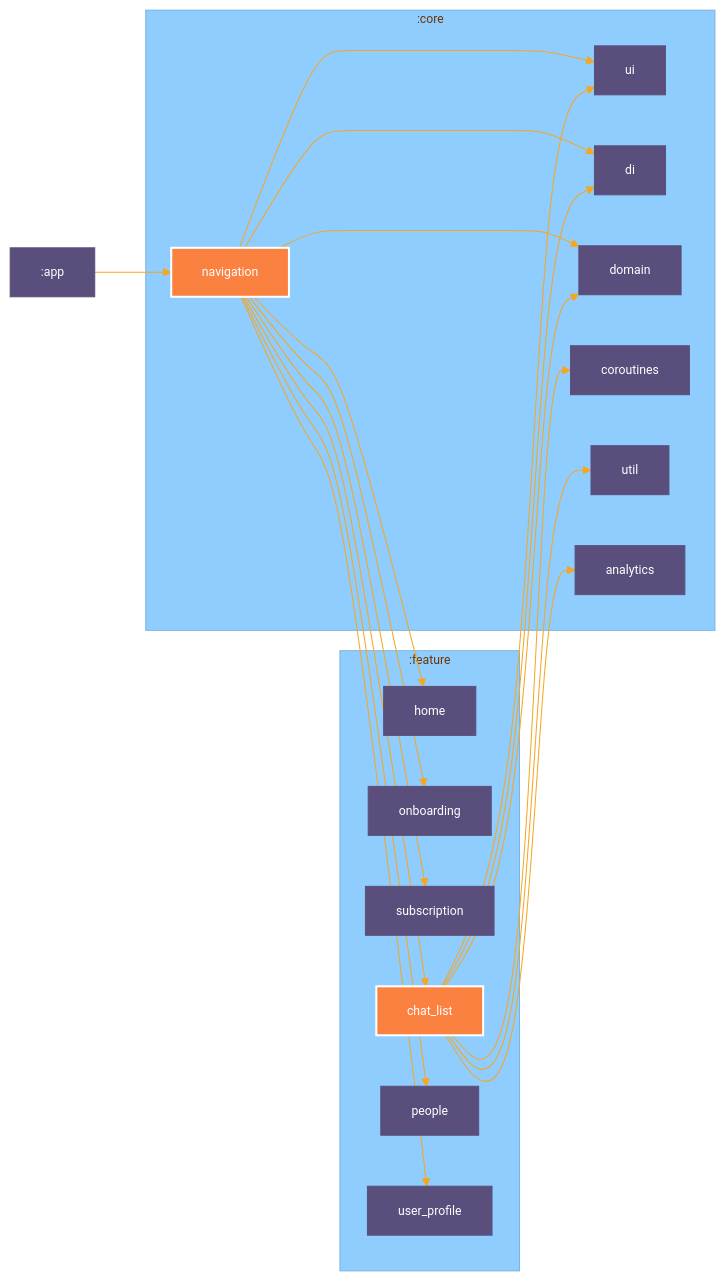
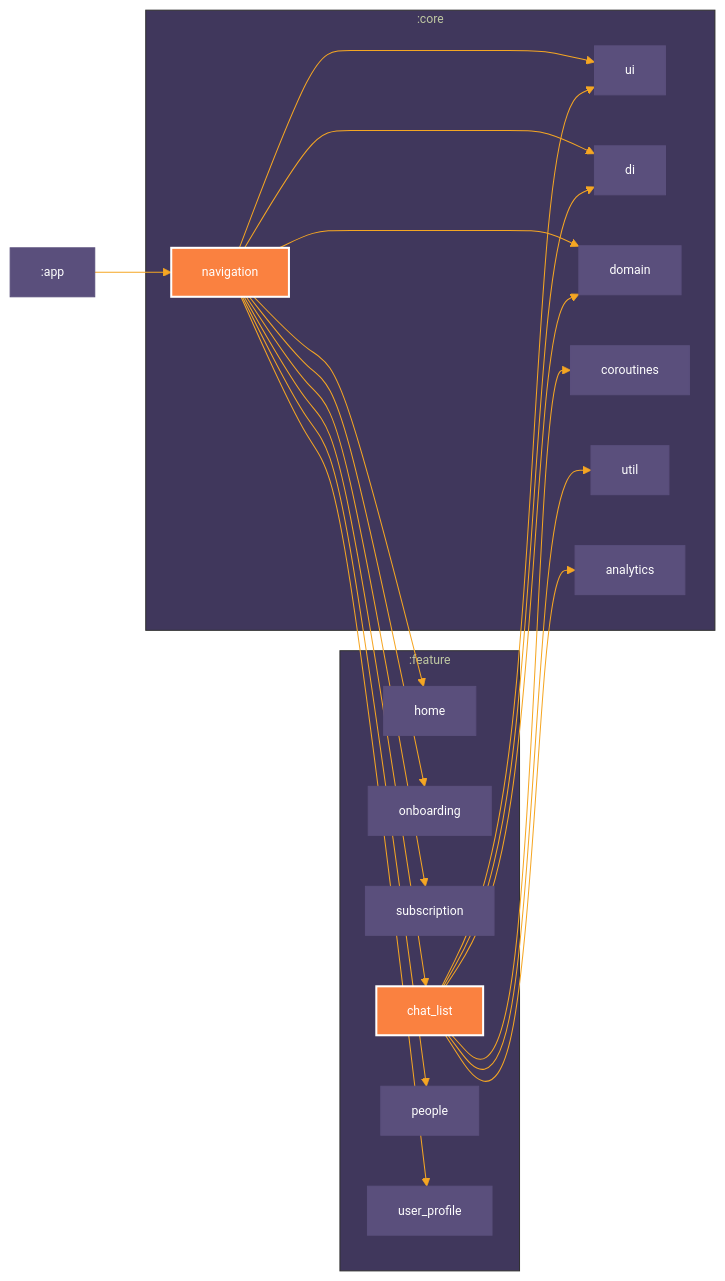
The diagram in README.md (mobiledevpro/closetalk.app), drawn with Mermaid before and after one commit. The commit also changed 1 other file, not shown here.

Commit message:
Changed theme

````diff
--- a/README.md
+++ b/README.md
@@ -75,47 +75,47 @@
 ```mermaid
 %%{
   init: {
     'theme': 'base',
-    'themeVariables': {"primaryTextColor":"#fff","primaryColor":"#5a4f7c","primaryBorderColor":"#5a4f7c","lineColor":"#f5a623","tertiaryColor":"#8FCDFF","fontSize":"12px"}
+    'themeVariables': {"primaryTextColor":"#fff","primaryColor":"#5a4f7c","primaryBorderColor":"#5a4f7c","lineColor":"#f5a623","tertiaryColor":"#40375c","fontSize":"12px"}
   }
 }%%
 
 graph LR
   subgraph :core
     :core:navigation["navigation"]
     :core:ui["ui"]
     :core:di["di"]
     :core:domain["domain"]
     :core:coroutines["coroutines"]
     :core:util["util"]
     :core:analytics["analytics"]
   end
   subgraph :feature
     :feature:home["home"]
     :feature:onboarding["onboarding"]
     :feature:subscription["subscription"]
     :feature:chat_list["chat_list"]
     :feature:people["people"]
     :feature:user_profile["user_profile"]
   end
   :core:navigation --> :core:ui
   :core:navigation --> :core:di
   :core:navigation --> :core:domain
   :core:navigation --> :feature:home
   :core:navigation --> :feature:onboarding
   :core:navigation --> :feature:subscription
   :core:navigation --> :feature:chat_list
   :core:navigation --> :feature:people
   :core:navigation --> :feature:user_profile
   :feature:chat_list --> :core:ui
   :feature:chat_list --> :core:di
   :feature:chat_list --> :core:domain
   :feature:chat_list --> :core:coroutines
   :feature:chat_list --> :core:util
   :feature:chat_list --> :core:analytics
   :app --> :core:navigation
 
 classDef focus fill:#FA8140,stroke:#fff,stroke-width:2px,color:#fff;
 class :core:navigation focus
 class :feature:chat_list focus
 ```
````
